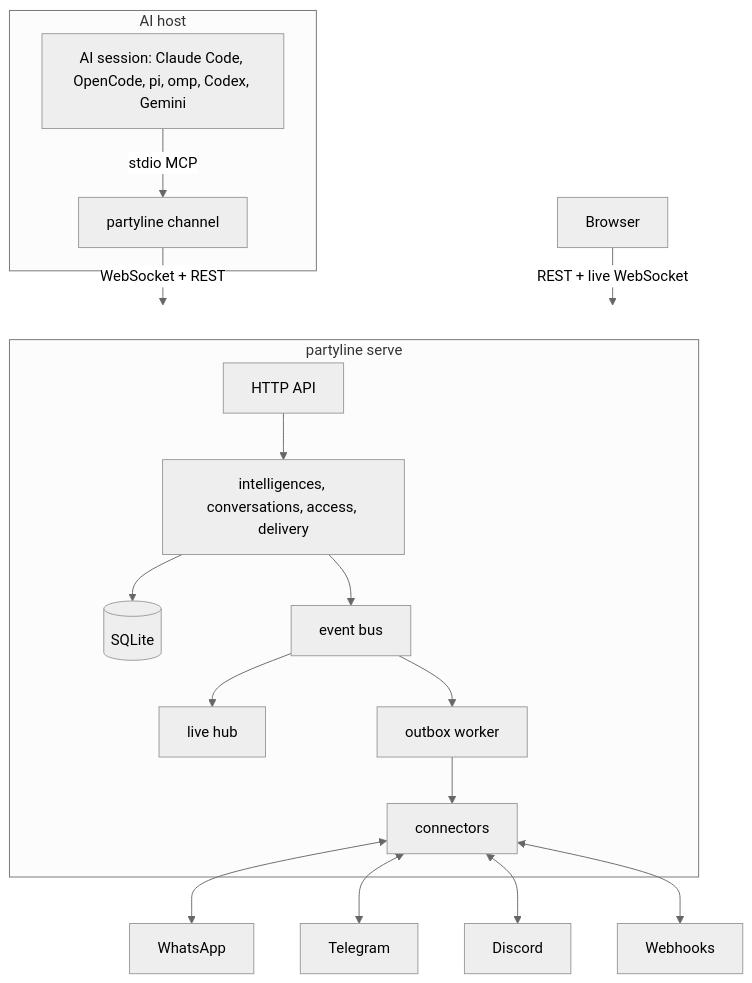
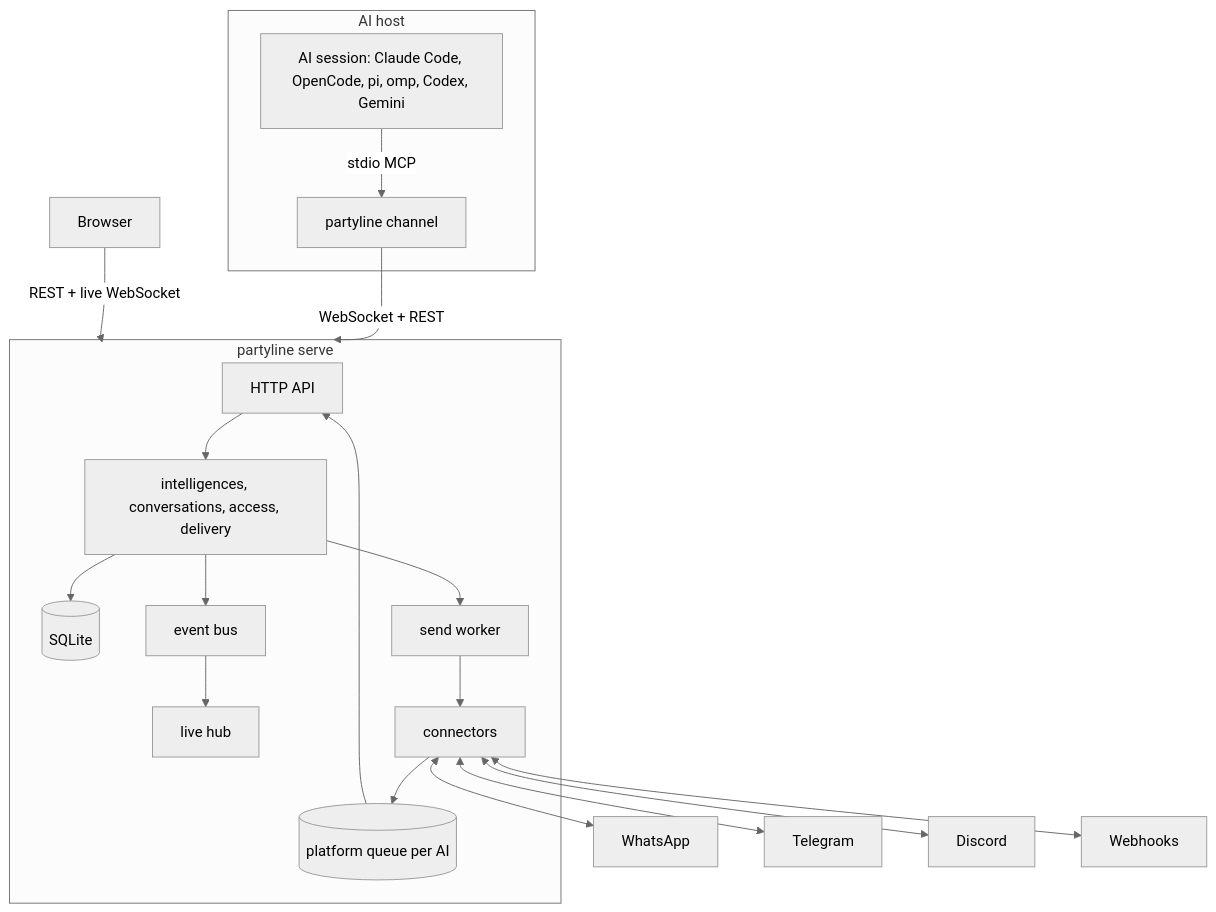
One commit to wnexous/partyline changed the diagram in README.md. Above: the diagram before and after it, drawn with Mermaid (neutral theme). The commit also changed other lines of this file and 8 other files, not shown here.

````diff
--- a/README.md
+++ b/README.md
@@ -43,17 +48,19 @@
 ```mermaid
 graph TD
   subgraph AI host
     CC[AI session: Claude Code, OpenCode, pi, omp, Codex, Gemini] -- stdio MCP --> CH[partyline channel]
   end
   CH -- WebSocket + REST --> SRV
   Browser -- REST + live WebSocket --> SRV
   subgraph SRV[partyline serve]
     API[HTTP API] --> SVC[intelligences, conversations, access, delivery]
     SVC --> DB[(SQLite)]
     SVC --> BUS[event bus]
     BUS --> LIVE[live hub]
-    BUS --> OUT[outbox worker]
-    OUT --> CON[connectors]
+    CON[connectors] --> Q[(platform queue per AI)]
+    Q --> API
+    SVC --> SEND[send worker]
+    SEND --> CON
   end
   CON <--> WA[WhatsApp] & TG[Telegram] & DC[Discord] & WH[Webhooks]
 ```
````
